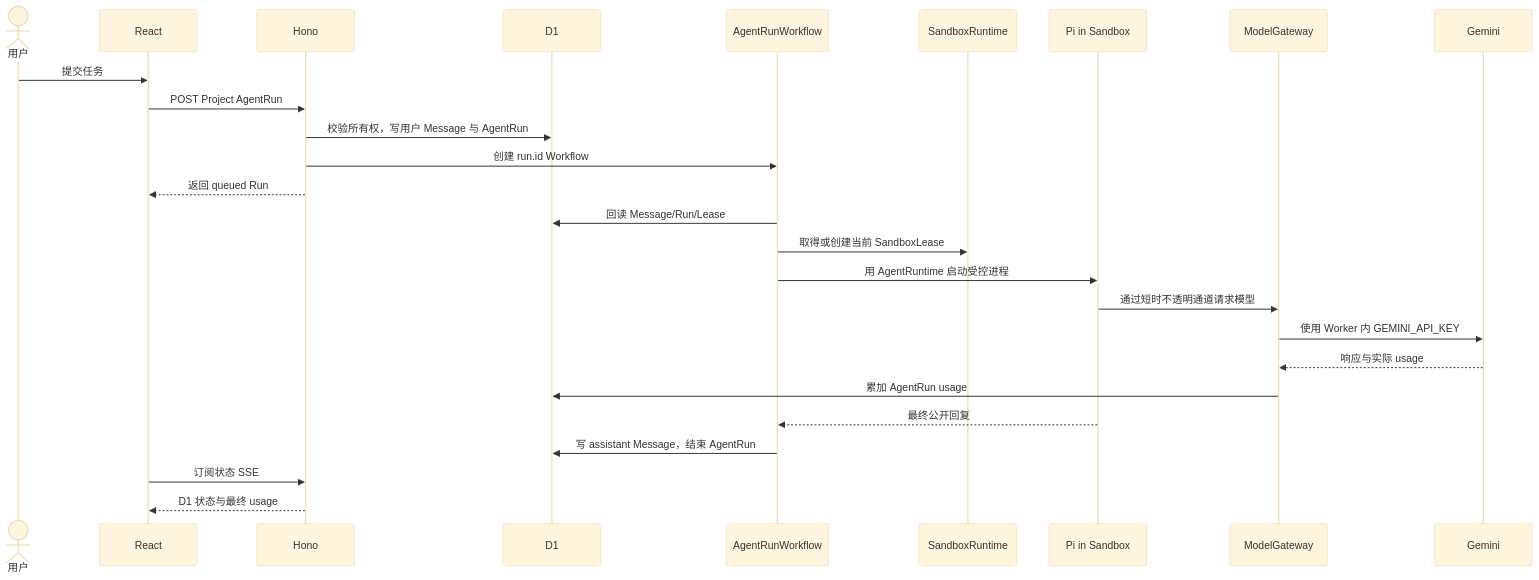
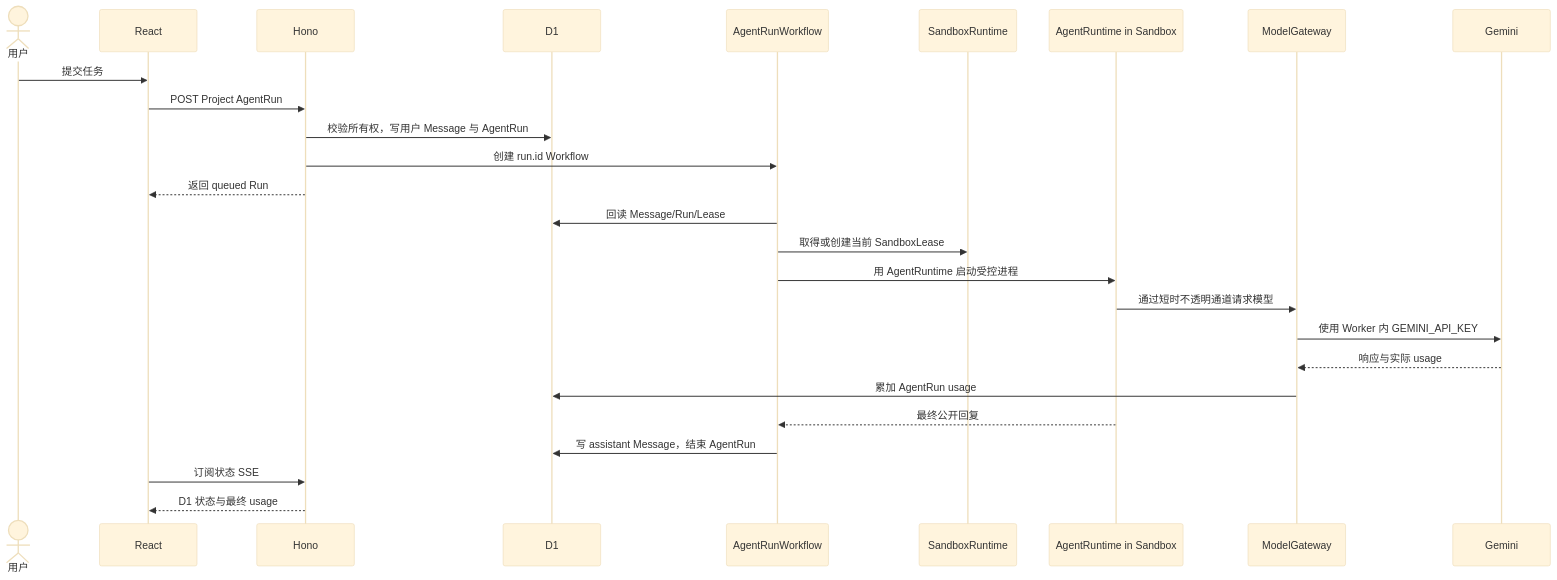
One commit to DeyunMa/agent-online changed the second of 2 diagrams in docs/architecture/01-system-overview.md. Above: the diagram before and after it, drawn with Mermaid (base theme). The commit also changed other lines of this file and 9 other files, not shown here.

````diff
--- a/docs/architecture/01-system-overview.md
+++ b/docs/architecture/01-system-overview.md
@@ -75,29 +75,29 @@
 ```mermaid
 sequenceDiagram
     actor User as 用户
     participant UI as React
     participant API as Hono
     participant DB as D1
     participant WF as AgentRunWorkflow
     participant SR as SandboxRuntime
-    participant AG as Pi in Sandbox
+    participant AG as AgentRuntime in Sandbox
     participant MG as ModelGateway
     participant GM as Gemini
 
     User->>UI: 提交任务
     UI->>API: POST Project AgentRun
     API->>DB: 校验所有权，写用户 Message 与 AgentRun
     API->>WF: 创建 run.id Workflow
     API-->>UI: 返回 queued Run
     WF->>DB: 回读 Message/Run/Lease
     WF->>SR: 取得或创建当前 SandboxLease
     WF->>AG: 用 AgentRuntime 启动受控进程
     AG->>MG: 通过短时不透明通道请求模型
     MG->>GM: 使用 Worker 内 GEMINI_API_KEY
     GM-->>MG: 响应与实际 usage
     MG->>DB: 累加 AgentRun usage
     AG-->>WF: 最终公开回复
     WF->>DB: 写 assistant Message，结束 AgentRun
     UI->>API: 订阅状态 SSE
     API-->>UI: D1 状态与最终 usage
 ```
````
